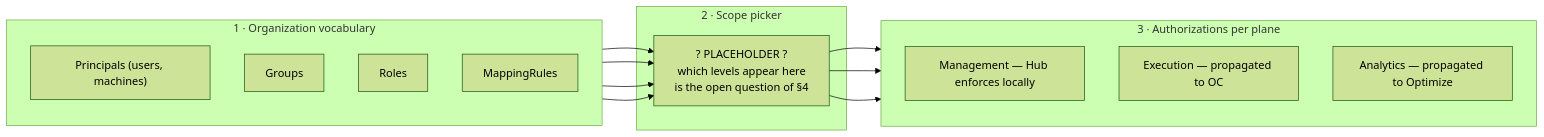
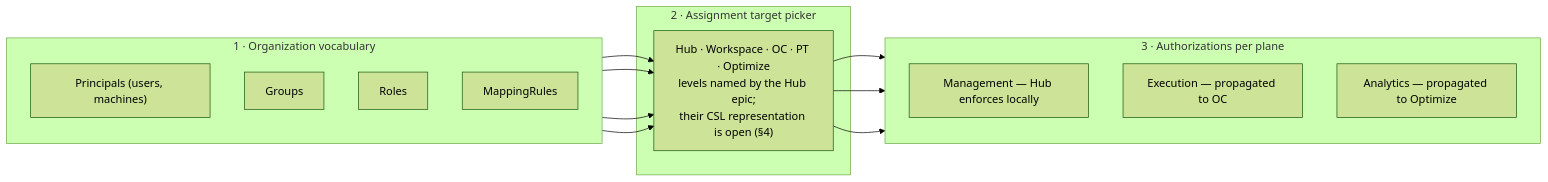
One commit to camunda/camunda-security-library changed the diagram in docs/vision/unified-policy-model.md. Above: the diagram before and after it, drawn with Mermaid (forest theme). The commit also changed other lines of this file, not shown here.

````diff
--- a/docs/vision/unified-policy-model.md
+++ b/docs/vision/unified-policy-model.md
@@ -122,24 +137,24 @@
 ```mermaid
 flowchart LR
   subgraph L1["1 · Organization vocabulary"]
     direction TB
     P["Principals (users, machines)"]
     G["Groups"]
     R["Roles"]
     M["MappingRules"]
   end
 
-  subgraph L2["2 · Scope picker"]
-    S["?  PLACEHOLDER  ?<br/>which levels appear here<br/>is the open question of §4"]
+  subgraph L2["2 · Assignment target picker"]
+    S["Hub · Workspace · OC · PT · Optimize<br/>levels named by the Hub epic;<br/>their CSL representation is open (§4)"]
   end
 
   subgraph L3["3 · Authorizations per plane"]
     direction TB
     MG["Management — Hub enforces locally"]
     EX["Execution — propagated to OC"]
     AN["Analytics — propagated to Optimize"]
   end
 
   P & G & R & M --> S
   S --> MG & EX & AN
 ```
````
